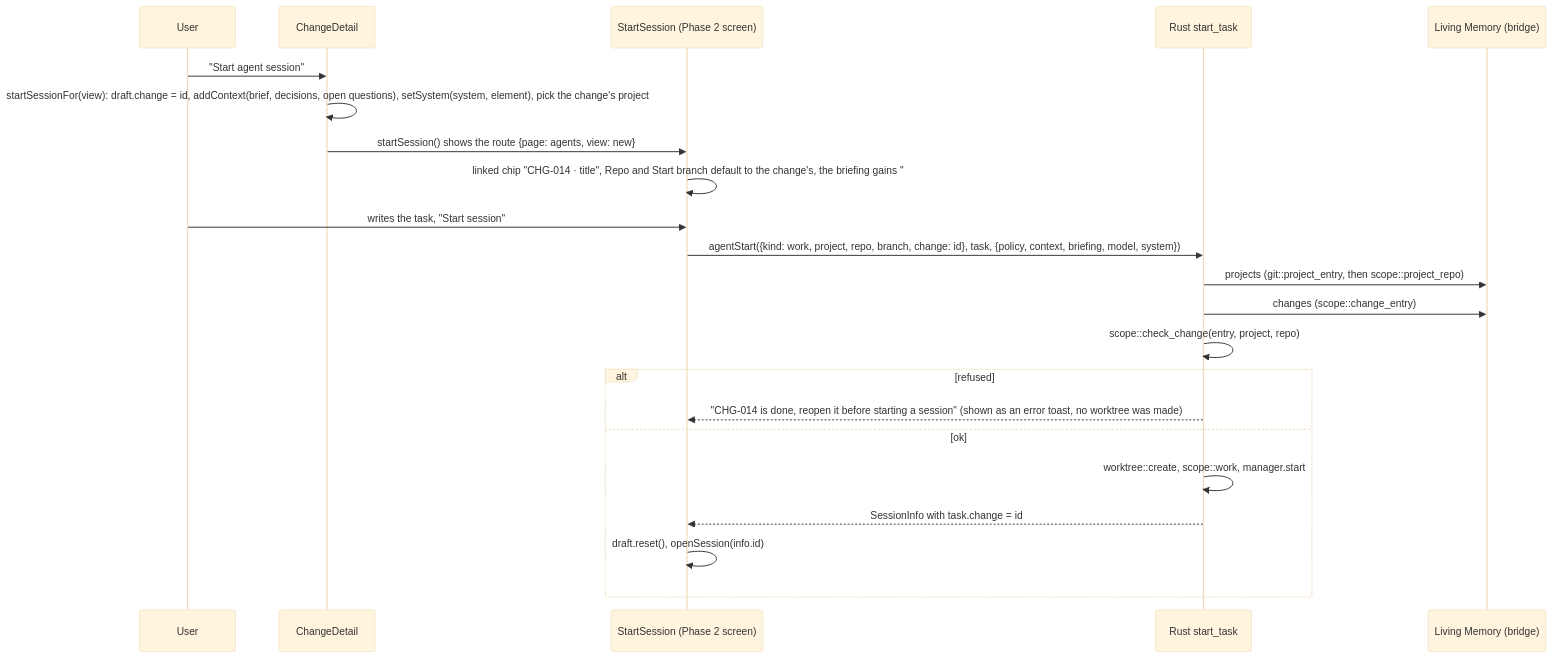
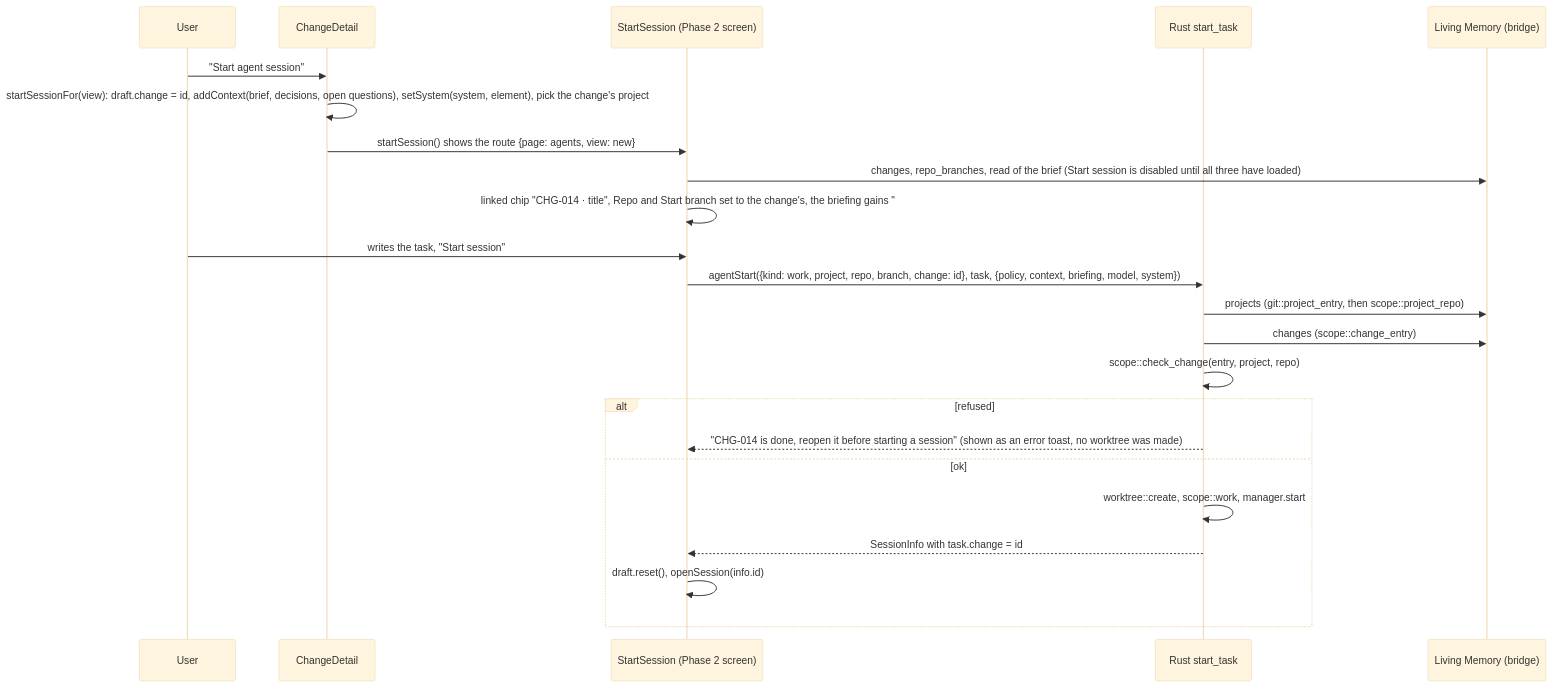
The fourth of 5 diagrams in docs/plans/phase-3-changes.md (tyler59simon/agentic-hivemind-app), drawn with Mermaid (base theme) before and after one commit. The commit also changed other lines of this file and 4 other files, not shown here.

````diff
--- a/docs/plans/phase-3-changes.md
+++ b/docs/plans/phase-3-changes.md
@@ -628,24 +638,25 @@
 ```mermaid
 sequenceDiagram
   participant U as User
   participant D as ChangeDetail
   participant S as StartSession (Phase 2 screen)
   participant R as Rust start_task
   participant LM as Living Memory (bridge)
   U->>D: "Start agent session"
   D->>D: startSessionFor(view): draft.change = id, addContext(brief, decisions, open questions), setSystem(system, element), pick the change's project
   D->>S: startSession() shows the route {page: agents, view: new}
-  S->>S: linked chip "CHG-014 · title", Repo and Start branch default to the change's, the briefing gains "## Change"
+  S->>LM: changes, repo_branches, read of the brief (Start session is disabled until all three have loaded)
+  S->>S: linked chip "CHG-014 · title", Repo and Start branch set to the change's, the briefing gains "## Change", linkState = ready
   U->>S: writes the task, "Start session"
   S->>R: agentStart({kind: work, project, repo, branch, change: id}, task, {policy, context, briefing, model, system})
   R->>LM: projects (git::project_entry, then scope::project_repo)
   R->>LM: changes (scope::change_entry)
   R->>R: scope::check_change(entry, project, repo)
   alt refused
     R-->>S: "CHG-014 is done, reopen it before starting a session" (shown as an error toast, no worktree was made)
   else ok
     R->>R: worktree::create, scope::work, manager.start
     R-->>S: SessionInfo with task.change = id
     S->>S: draft.reset(), openSession(info.id)
   end
 ```
````
